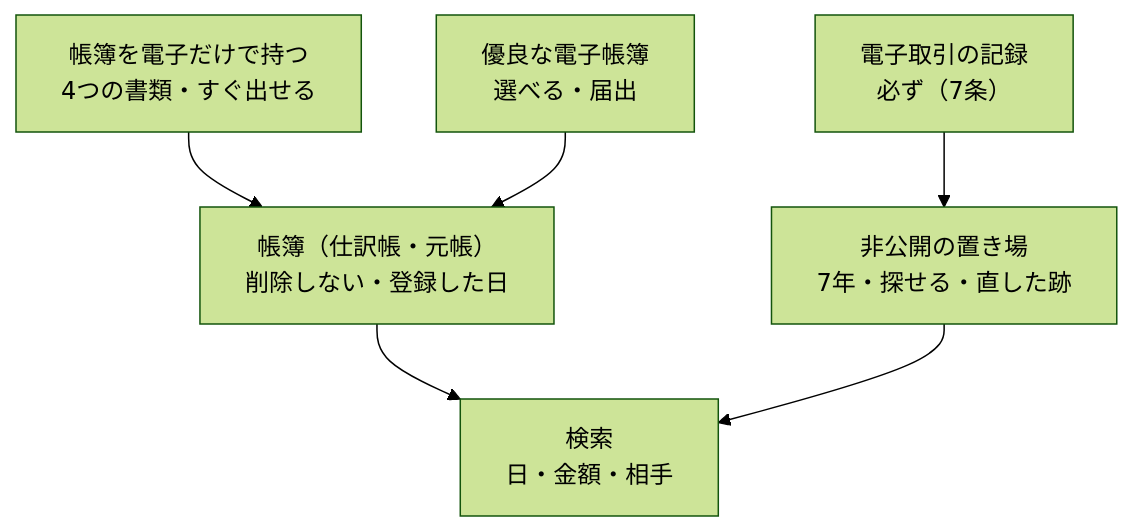
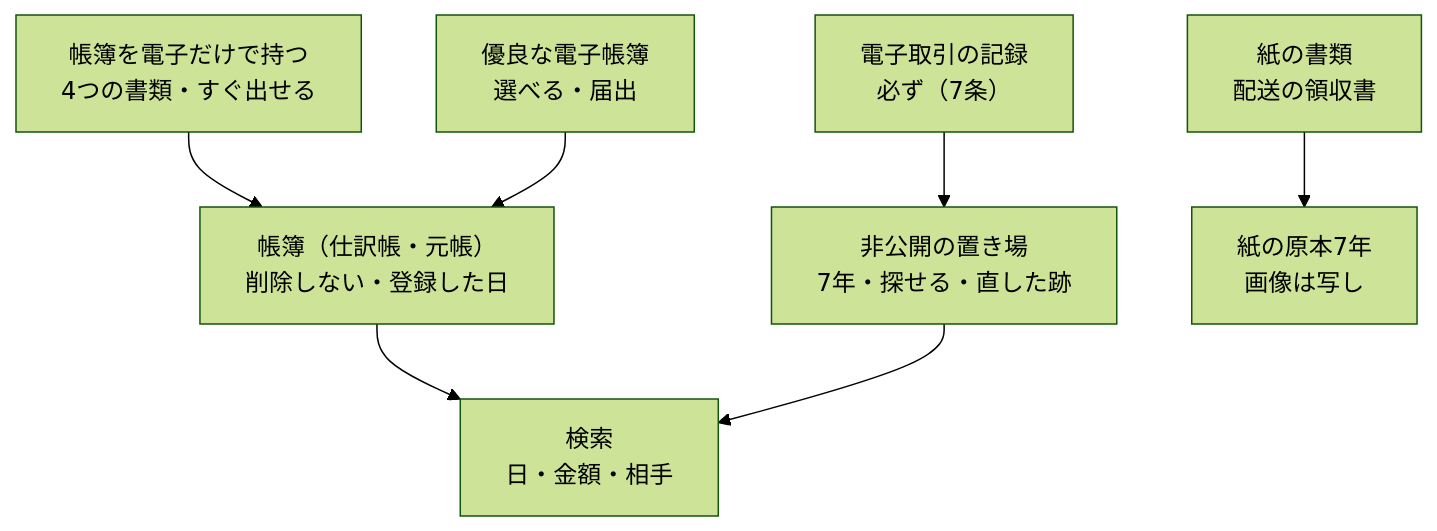
One commit to ChocoWork/o_official changed the fifth of 8 diagrams in docs/superpowers/specs/2026-11-03-accounting-redesign-design.md. Above: the diagram before and after it, drawn with Mermaid (forest theme). The commit also changed other lines of this file, not shown here.

````diff
--- a/docs/superpowers/specs/2026-11-03-accounting-redesign-design.md
+++ b/docs/superpowers/specs/2026-11-03-accounting-redesign-design.md
@@ -926,8 +987,10 @@
 ```mermaid
 flowchart TB
     A["電子取引の記録<br>必ず（7条）"] --> D["非公開の置き場<br>7年・探せる・直した跡"]
     B["帳簿を電子だけで持つ<br>4つの書類・すぐ出せる"] --> E["帳簿（仕訳帳・元帳）<br>削除しない・登録した日"]
     C["優良な電子帳簿<br>選べる・届出"] --> E
     E --> F["検索<br>日・金額・相手"]
     D --> F
+    %% 紙の書類の保存方法（標準との見比べ。2026-11-04 AI の判断）
+    G["紙の書類<br>配送の領収書"] --> H["紙の原本7年<br>画像は写し"]
 ```
````
